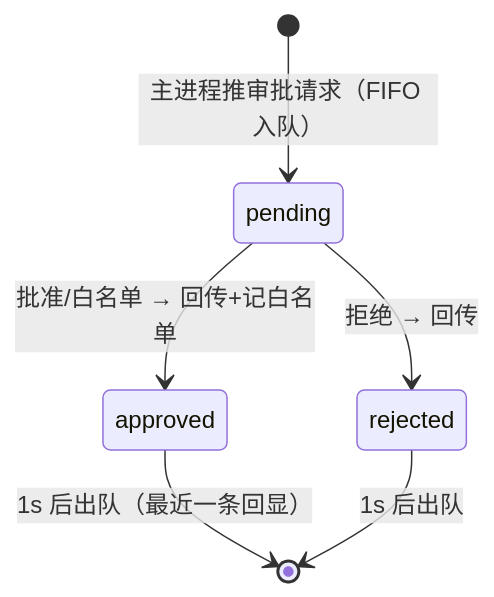
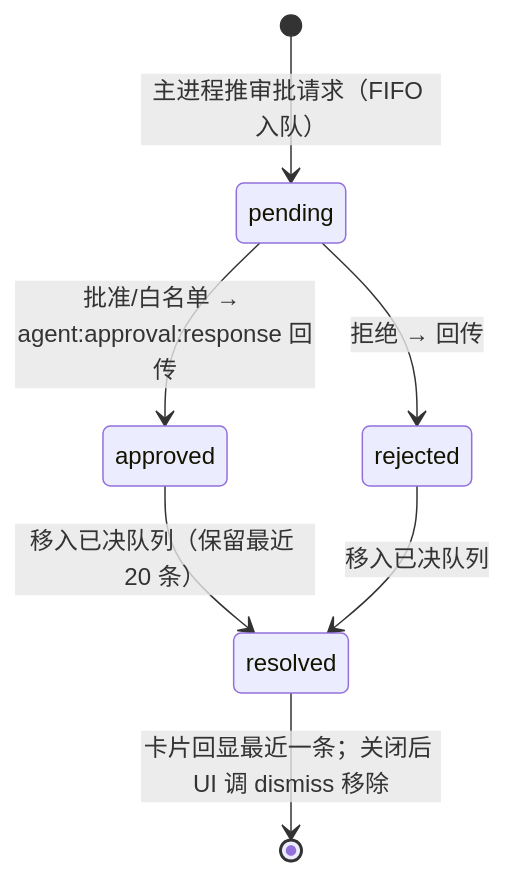
One commit to zlh12331/superagent changed diagram 12 of 21 in docs/design/09-ux-interaction-spec.md. Above: the diagram before and after it, drawn with Mermaid. The commit also changed other lines of this file, not shown here.

````diff
--- a/docs/design/09-ux-interaction-spec.md
+++ b/docs/design/09-ux-interaction-spec.md
@@ -406,8 +406,9 @@
 ```mermaid
 stateDiagram-v2
   [*] --> pending: 主进程推审批请求（FIFO 入队）
-  pending --> approved: 批准/白名单 → 回传+记白名单
+  pending --> approved: 批准/白名单 → agent:approval:response 回传
   pending --> rejected: 拒绝 → 回传
-  approved --> [*]: 1s 后出队（最近一条回显）
-  rejected --> [*]: 1s 后出队
+  approved --> resolved: 移入已决队列（保留最近 20 条）
+  rejected --> resolved: 移入已决队列
+  resolved --> [*]: 卡片回显最近一条；关闭后 UI 调 dismiss 移除
 ```
````
